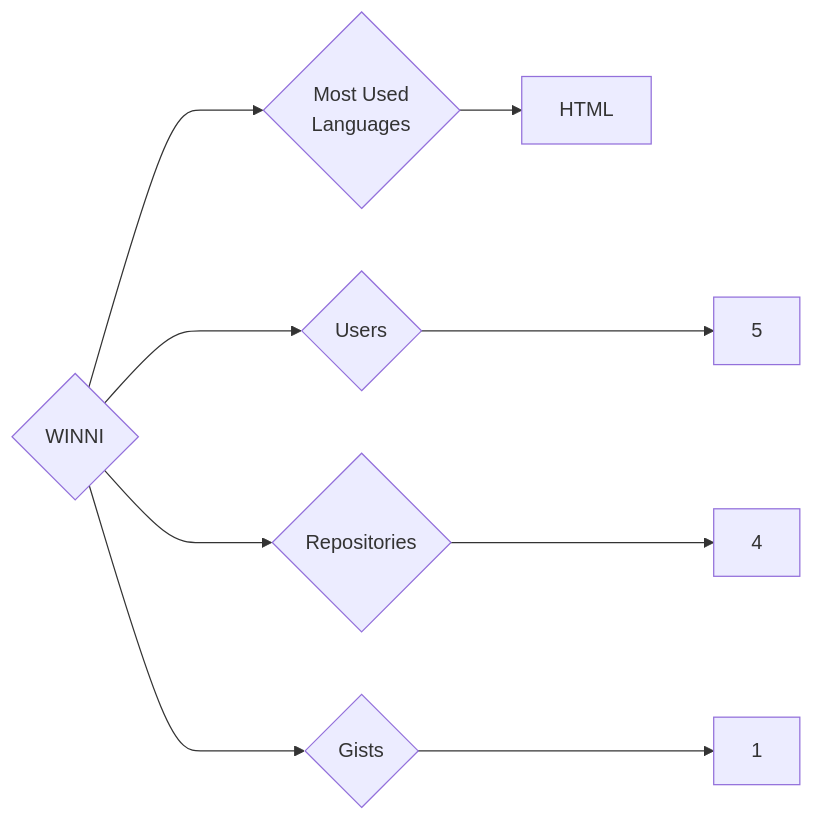
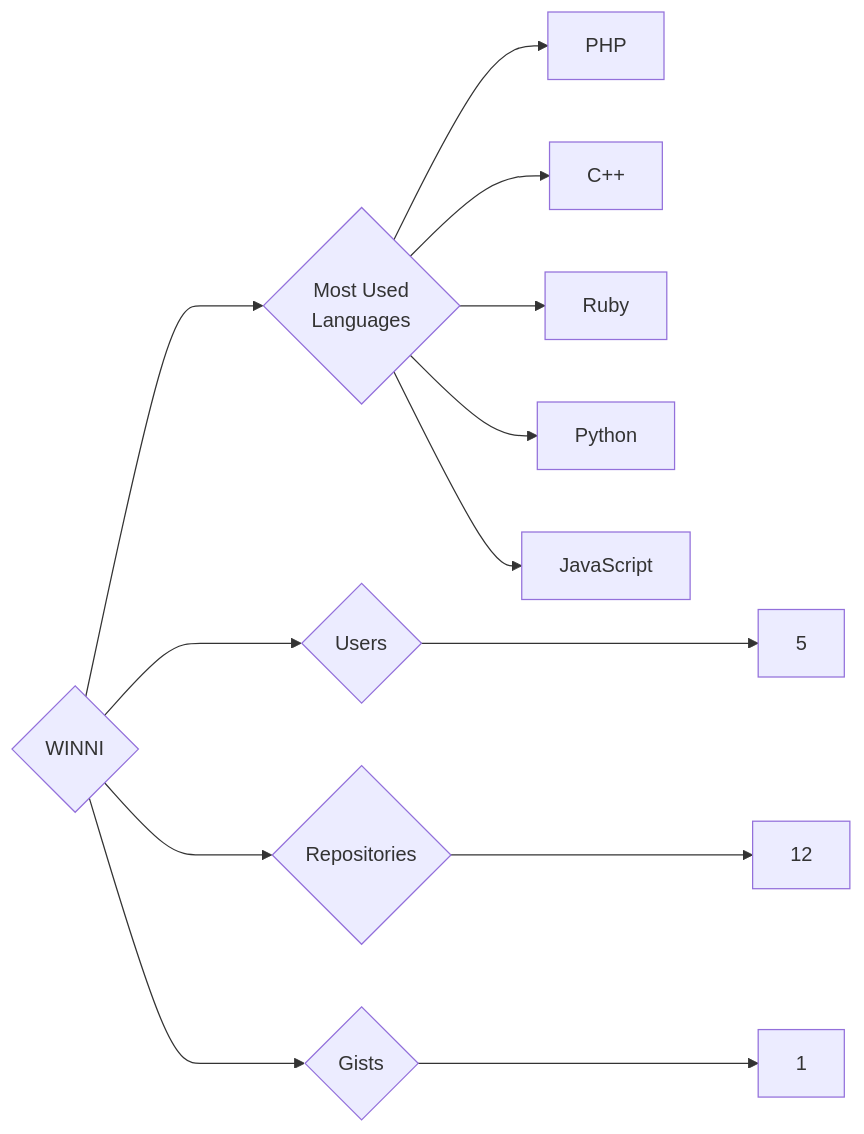
The diagram in targets/WINNI/README.md (trickest/insiders), drawn with Mermaid before and after one commit. The commit also changed 725 other files, not shown here.

````diff
--- a/targets/WINNI/README.md
+++ b/targets/WINNI/README.md
@@ -3,9 +3,13 @@
 ```mermaid
 graph LR
 COMPANY_NAME{WINNI}
 COMPANY_NAME ---> U{Users} ---> UN[5]
-COMPANY_NAME ---> R{Repositories} ---> RN[4]
+COMPANY_NAME ---> R{Repositories} ---> RN[12]
 COMPANY_NAME ---> G{Gists} ---> GN[1]
 COMPANY_NAME ---> ML{Most Used<br>Languages}
-ML --> HTML[HTML]
+ML --> PHP[PHP]
+ML --> C++[C++]
+ML --> Ruby[Ruby]
+ML --> Python[Python]
+ML --> JavaScript[JavaScript]
 ```
````
